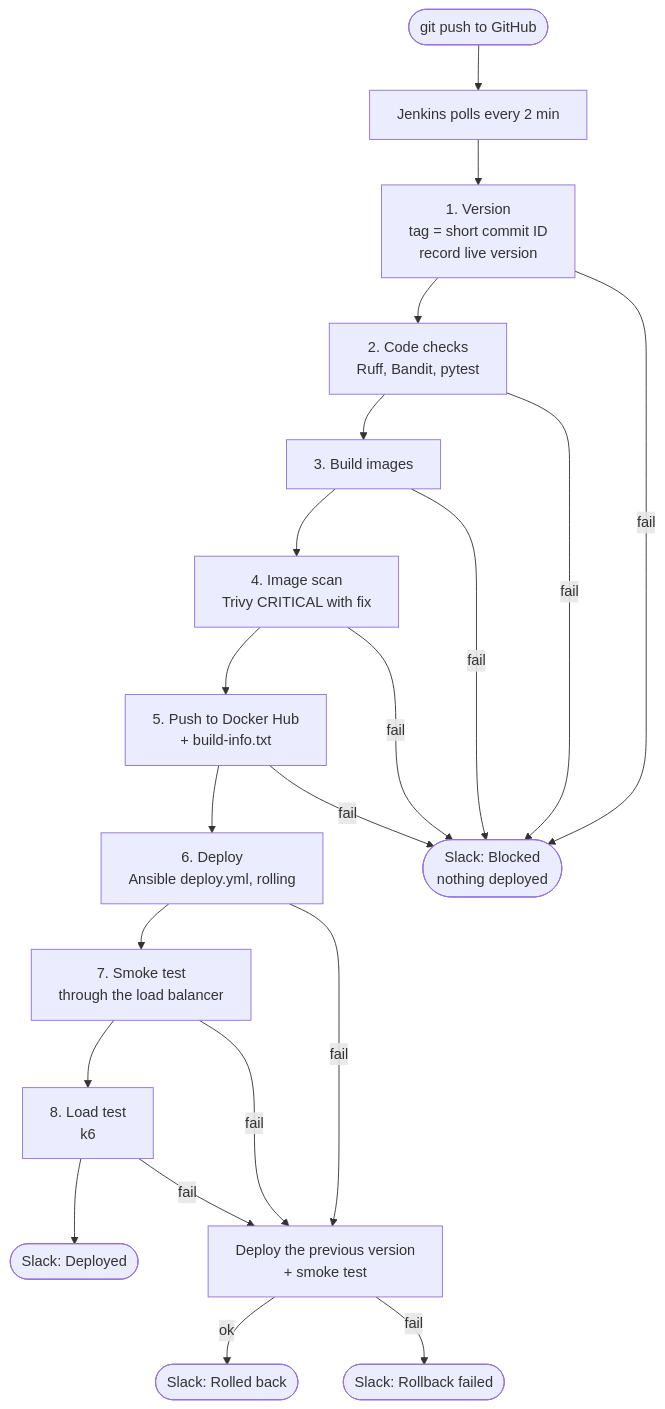
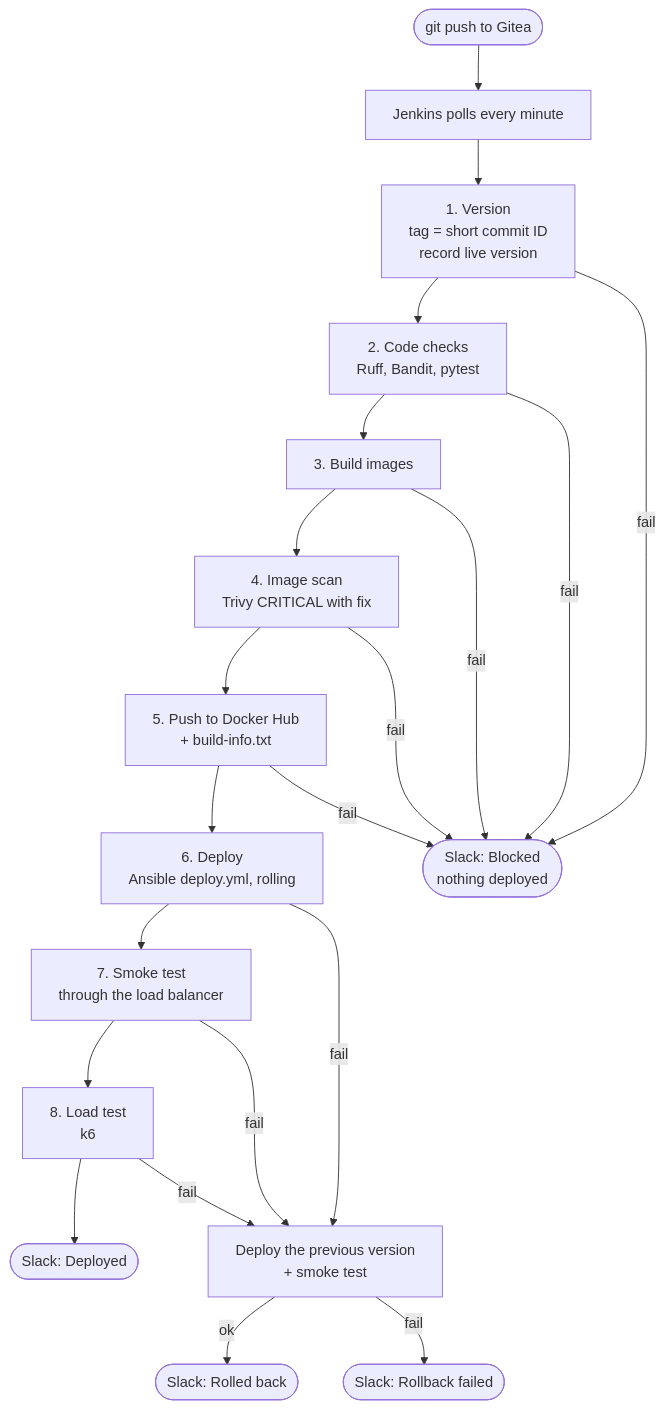
One commit to khan1402/automation-alchemy changed the third of 5 diagrams in docs/architecture_project-3.md. Above: the diagram before and after it, drawn with Mermaid. The commit also changed other lines of this file and 5 other files, not shown here.

Commit message:
Docs: Jenkins watches Gitea every minute; GitHub mirror for Actions

````diff
--- a/docs/architecture_project-3.md
+++ b/docs/architecture_project-3.md
@@ -105,18 +105,18 @@
 ```mermaid
 flowchart TD
-    commit(["git push to GitHub"]) --> poll["Jenkins polls every 2 min"]
+    commit(["git push to Gitea"]) --> poll["Jenkins polls every minute"]
     poll --> s1["1. Version<br/>tag = short commit ID<br/>record live version"]
     s1 --> s2["2. Code checks<br/>Ruff, Bandit, pytest"]
     s2 --> s3["3. Build images"]
     s3 --> s4["4. Image scan<br/>Trivy CRITICAL with fix"]
     s4 --> s5["5. Push to Docker Hub<br/>+ build-info.txt"]
     s5 --> s6["6. Deploy<br/>Ansible deploy.yml, rolling"]
     s6 --> s7["7. Smoke test<br/>through the load balancer"]
     s7 --> s8["8. Load test<br/>k6"]
     s8 --> ok(["Slack: Deployed"])
 
     s1 & s2 & s3 & s4 & s5 -- "fail" --> blocked(["Slack: Blocked<br/>nothing deployed"])
     s6 & s7 & s8 -- "fail" --> rb["Deploy the previous version<br/>+ smoke test"]
     rb -- "ok" --> rolled(["Slack: Rolled back"])
     rb -- "fail" --> rbf(["Slack: Rollback failed"])
 ```
````
